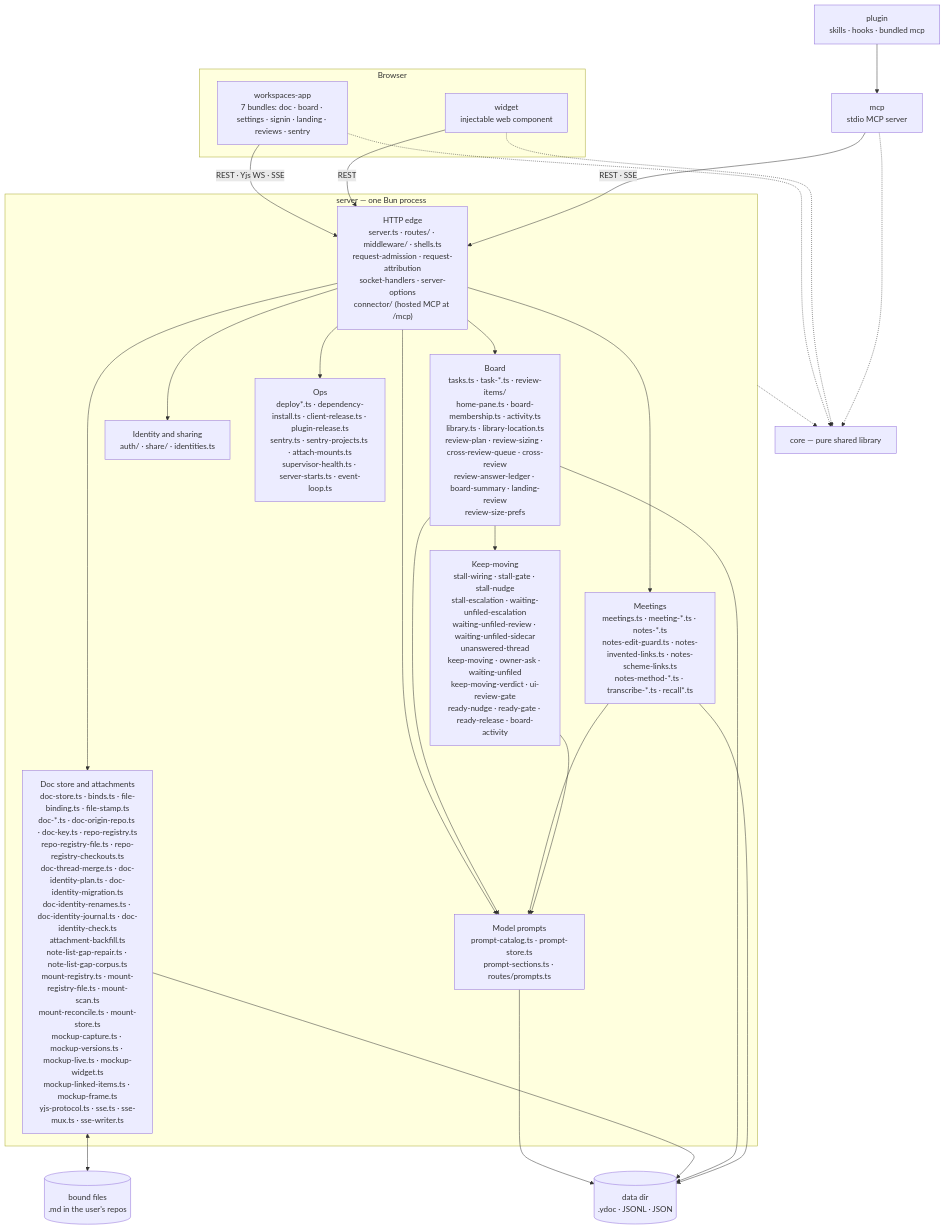
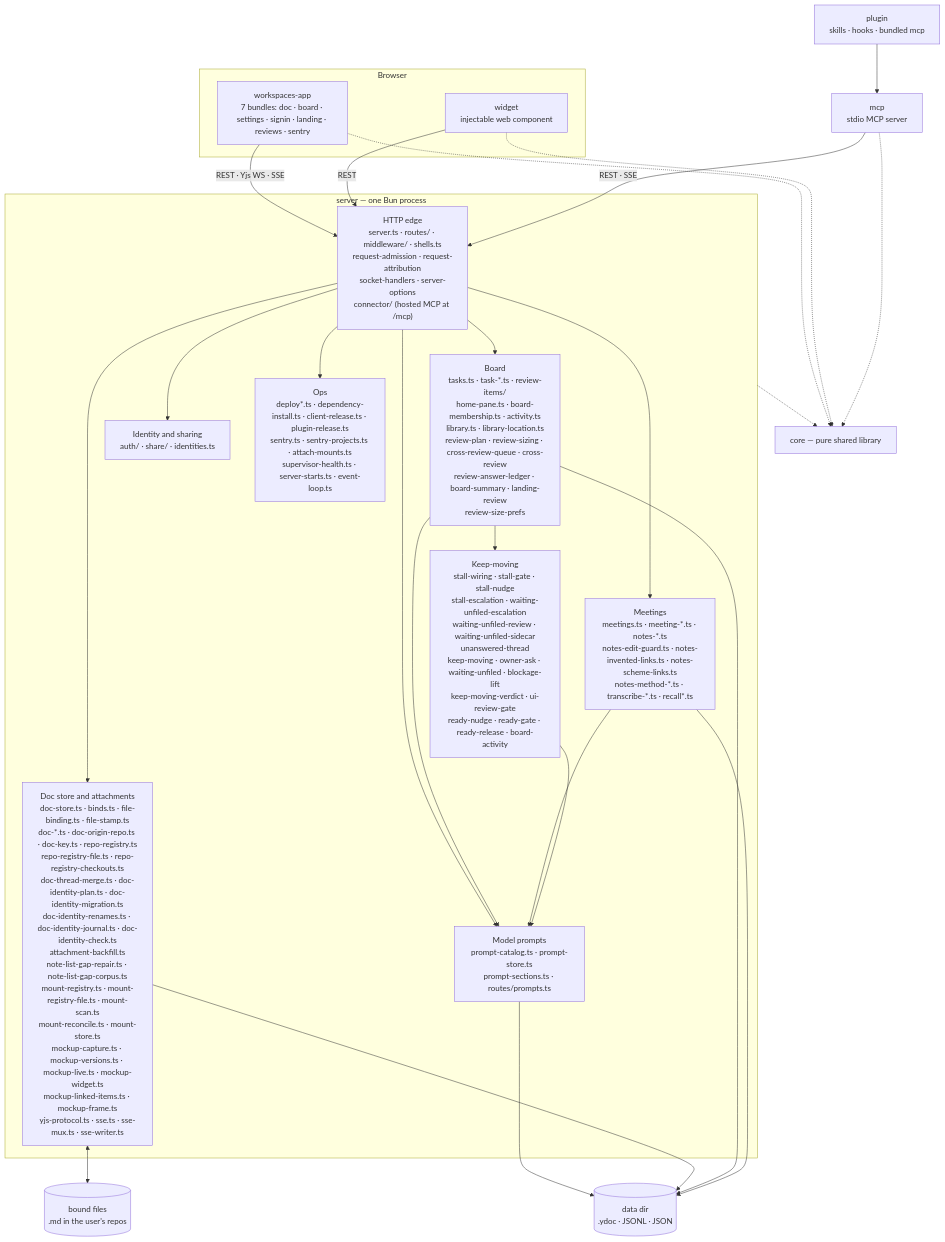
The first of 2 diagrams in docs/architecture/overview.md (fryanpan/claude-workspaces-plugin), drawn with Mermaid before and after one commit. The commit also changed other lines of this file and 2 other files, not shown here.

First line of the commit message:
The criteria say what the lifted-blockage finding must never do, and why the lift alone is not one

````diff
--- a/docs/architecture/overview.md
+++ b/docs/architecture/overview.md
@@ -45,35 +45,35 @@
 ```mermaid
 flowchart TB
   subgraph browser[Browser]
     app["workspaces-app<br/>7 bundles: doc · board · settings · signin · landing · reviews · sentry"]
     wid["widget<br/>injectable web component"]
   end
   plug["plugin<br/>skills · hooks · bundled mcp"]
   mcp["mcp<br/>stdio MCP server"]
   subgraph srv["server — one Bun process"]
     edge["HTTP edge<br/>server.ts · routes/ · middleware/ · shells.ts<br/>request-admission · request-attribution<br/>socket-handlers · server-options<br/>connector/ (hosted MCP at /mcp)"]
     docs["Doc store and attachments<br/>doc-store.ts · binds.ts · file-binding.ts · file-stamp.ts<br/>doc-*.ts · doc-origin-repo.ts · doc-key.ts · repo-registry.ts<br/>repo-registry-file.ts · repo-registry-checkouts.ts<br/>doc-thread-merge.ts · doc-identity-plan.ts · doc-identity-migration.ts<br/>doc-identity-renames.ts · doc-identity-journal.ts · doc-identity-check.ts<br/>attachment-backfill.ts<br/>note-list-gap-repair.ts · note-list-gap-corpus.ts<br/>mount-registry.ts · mount-registry-file.ts · mount-scan.ts<br/>mount-reconcile.ts · mount-store.ts<br/>mockup-capture.ts · mockup-versions.ts · mockup-live.ts · mockup-widget.ts<br/>mockup-linked-items.ts · mockup-frame.ts<br/>yjs-protocol.ts · sse.ts · sse-mux.ts · sse-writer.ts"]
     board["Board<br/>tasks.ts · task-*.ts · review-items/<br/>home-pane.ts · board-membership.ts · activity.ts<br/>library.ts · library-location.ts<br/>review-plan · review-sizing · cross-review-queue · cross-review<br/>review-answer-ledger · board-summary · landing-review<br/>review-size-prefs"]
     meet["Meetings<br/>meetings.ts · meeting-*.ts · notes-*.ts<br/>notes-edit-guard.ts · notes-invented-links.ts · notes-scheme-links.ts<br/>notes-method-*.ts · transcribe-*.ts · recall*.ts"]
-    keep["Keep-moving<br/>stall-wiring · stall-gate · stall-nudge<br/>stall-escalation · waiting-unfiled-escalation<br/>waiting-unfiled-review · waiting-unfiled-sidecar<br/>unanswered-thread<br/>keep-moving · owner-ask · waiting-unfiled<br/>keep-moving-verdict · ui-review-gate<br/>ready-nudge · ready-gate · ready-release · board-activity"]
+    keep["Keep-moving<br/>stall-wiring · stall-gate · stall-nudge<br/>stall-escalation · waiting-unfiled-escalation<br/>waiting-unfiled-review · waiting-unfiled-sidecar<br/>unanswered-thread<br/>keep-moving · owner-ask · waiting-unfiled · blockage-lift<br/>keep-moving-verdict · ui-review-gate<br/>ready-nudge · ready-gate · ready-release · board-activity"]
     ident["Identity and sharing<br/>auth/ · share/ · identities.ts"]
     prompts["Model prompts<br/>prompt-catalog.ts · prompt-store.ts<br/>prompt-sections.ts · routes/prompts.ts"]
     ops["Ops<br/>deploy*.ts · dependency-install.ts · client-release.ts · plugin-release.ts<br/>sentry.ts · sentry-projects.ts · attach-mounts.ts<br/>supervisor-health.ts · server-starts.ts · event-loop.ts"]
   end
   core["core — pure shared library"]
   disk[("data dir<br/>.ydoc · JSONL · JSON")]
   files[("bound files<br/>.md in the user's repos")]
 
   app -->|"REST · Yjs WS · SSE"| edge
   wid -->|REST| edge
   plug --> mcp
   mcp -->|"REST · SSE"| edge
   edge --> docs & board & meet & ident & ops & prompts
   board & meet & keep --> prompts
   prompts --> disk
   board --> keep
   docs <--> files
   docs & board & meet --> disk
   app & wid & mcp -.-> core
   srv -.-> core
 ```
````
